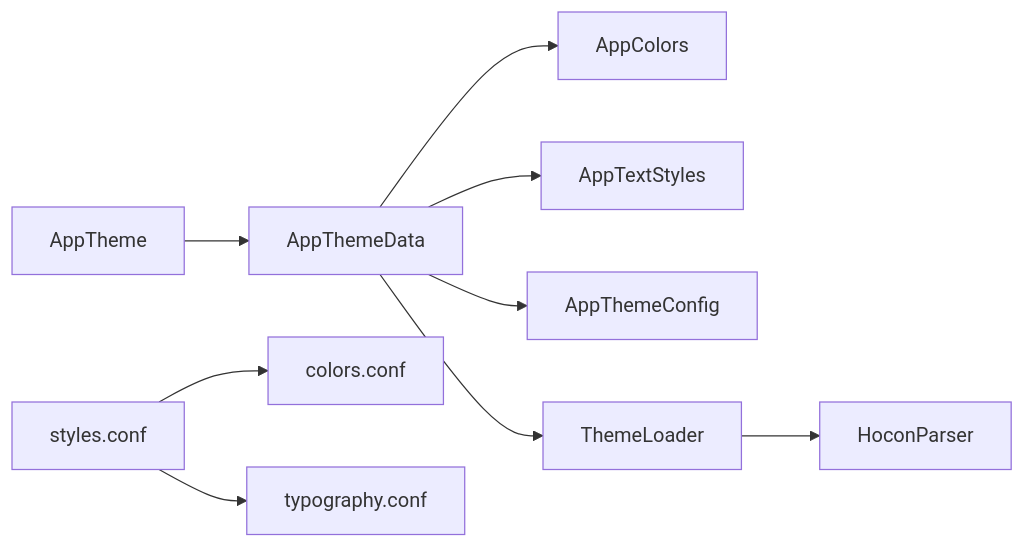
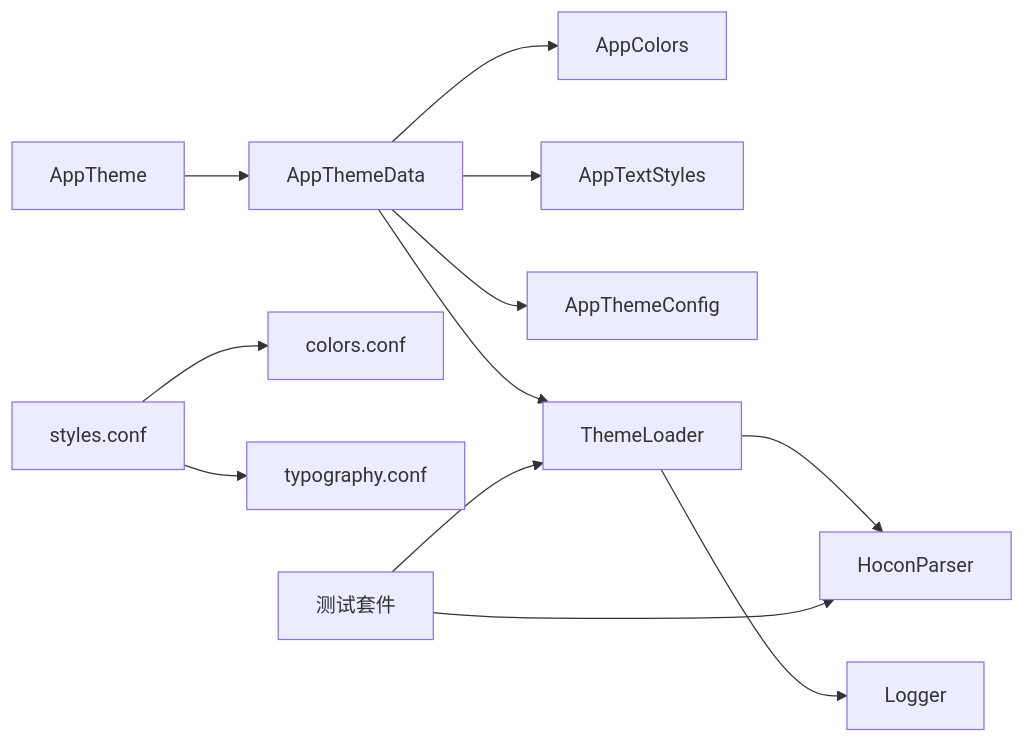
The eighth of 8 diagrams in .qoder/repowiki/zh/content/UI 组件架构/主题系统.md (ZTfer/Tinycast), drawn with Mermaid before and after one commit. The commit also changed other lines of this file and 4 other files, not shown here.

````diff
--- a/.qoder/repowiki/zh/content/UI 组件架构/主题系统.md
+++ b/.qoder/repowiki/zh/content/UI 组件架构/主题系统.md
@@ -307,11 +352,14 @@
 ```mermaid
 graph LR
 AT["AppTheme"] --> AD["AppThemeData"]
 AD --> AC["AppColors"]
 AD --> TS["AppTextStyles"]
 AD --> CFG["AppThemeConfig"]
 AD --> TL["ThemeLoader"]
 TL --> HP["HoconParser"]
+TL --> LOG["Logger"]
 STY["styles.conf"] --> COL["colors.conf"]
 STY --> TYPO["typography.conf"]
+TEST["测试套件"] --> HP
+TEST --> TL
 ```
````
